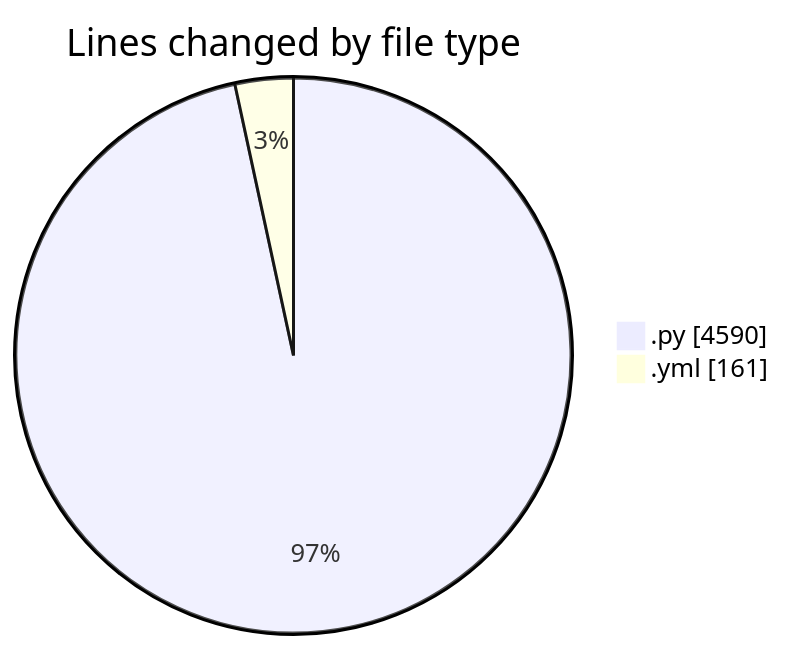
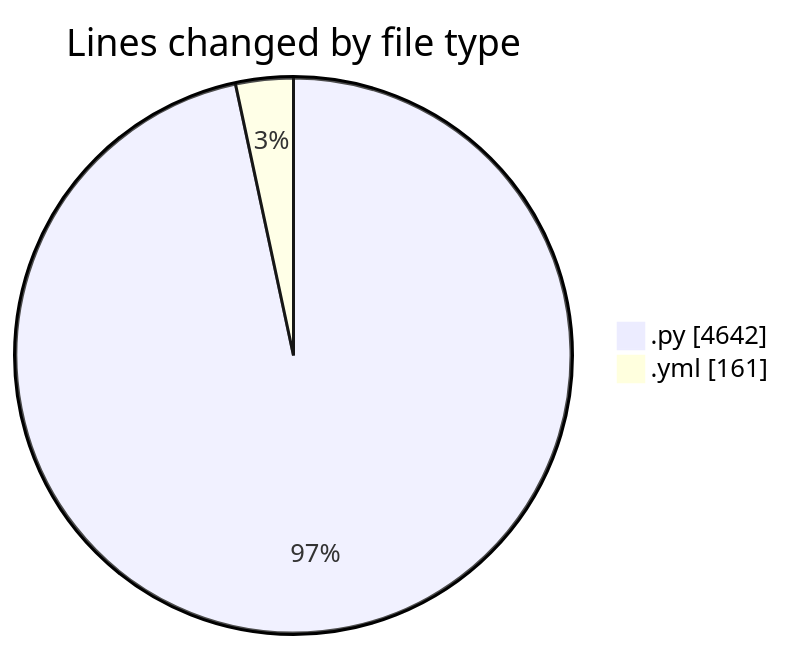
One commit to julien-gomy/code-tracking changed the first of 2 diagrams in 2025-10-15/eventscop-api-guide__workspace_/README.md. Above: the diagram before and after it, drawn with Mermaid. The commit also changed other lines of this file and 1 other file, not shown here.

````diff
--- a/2025-10-15/eventscop-api-guide__workspace_/README.md
+++ b/2025-10-15/eventscop-api-guide__workspace_/README.md
@@ -30,6 +30,6 @@
 ```mermaid
 pie showData
 title Lines changed by file type
-".py" : 4590
+".py" : 4642
 ".yml" : 161
 ```
````
